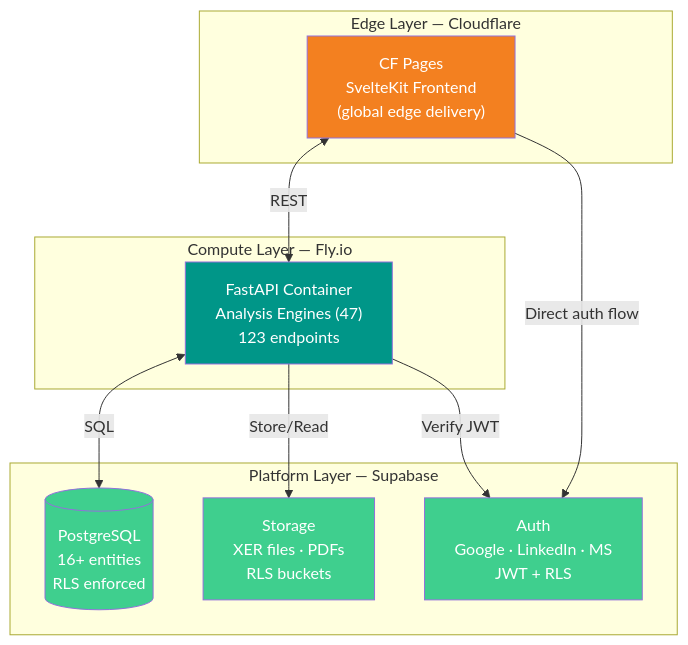
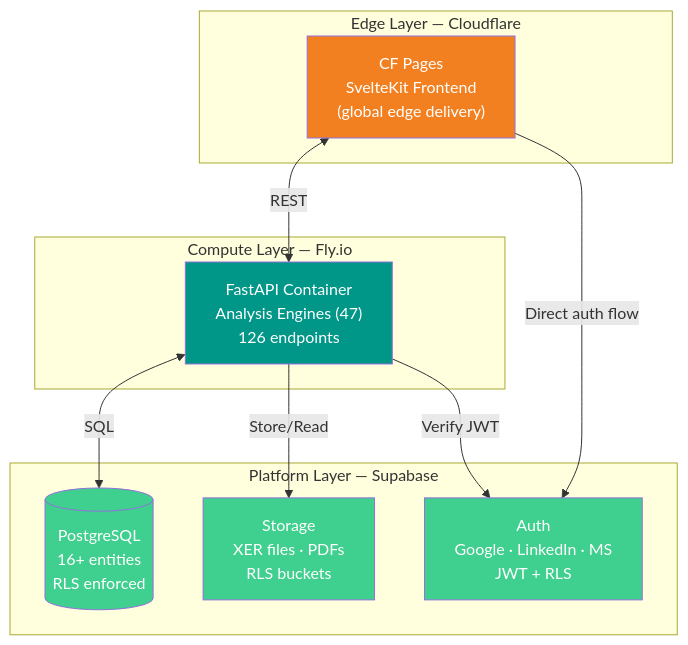
One commit to VitorMRodovalho/meridianiq changed the first of 2 diagrams in README.md. Above: the diagram before and after it, drawn with Mermaid. The commit also changed other lines of this file and 13 other files, not shown here.

````diff
--- a/README.md
+++ b/README.md
@@ -116,28 +116,28 @@
 ```mermaid
 graph TB
     subgraph "Edge Layer — Cloudflare"
         CF_PAGES["CF Pages<br/>SvelteKit Frontend<br/>(global edge delivery)"]
     end
 
     subgraph "Compute Layer — Fly.io"
-        FASTAPI["FastAPI Container<br/>Analysis Engines (47)<br/>123 endpoints"]
+        FASTAPI["FastAPI Container<br/>Analysis Engines (47)<br/>126 endpoints"]
     end
 
     subgraph "Platform Layer — Supabase"
         AUTH["Auth<br/>Google · LinkedIn · MS<br/>JWT + RLS"]
         DB[("PostgreSQL<br/>16+ entities<br/>RLS enforced")]
         STORAGE["Storage<br/>XER files · PDFs<br/>RLS buckets"]
     end
 
     CF_PAGES <-->|"REST"| FASTAPI
     FASTAPI <-->|"SQL"| DB
     FASTAPI -->|"Store/Read"| STORAGE
     FASTAPI -->|"Verify JWT"| AUTH
     CF_PAGES -->|"Direct auth flow"| AUTH
 
     style CF_PAGES fill:#F38020,color:#fff
     style FASTAPI fill:#009688,color:#fff
     style DB fill:#3FCF8E,color:#fff
     style AUTH fill:#3FCF8E,color:#fff
     style STORAGE fill:#3FCF8E,color:#fff
 ```
````
